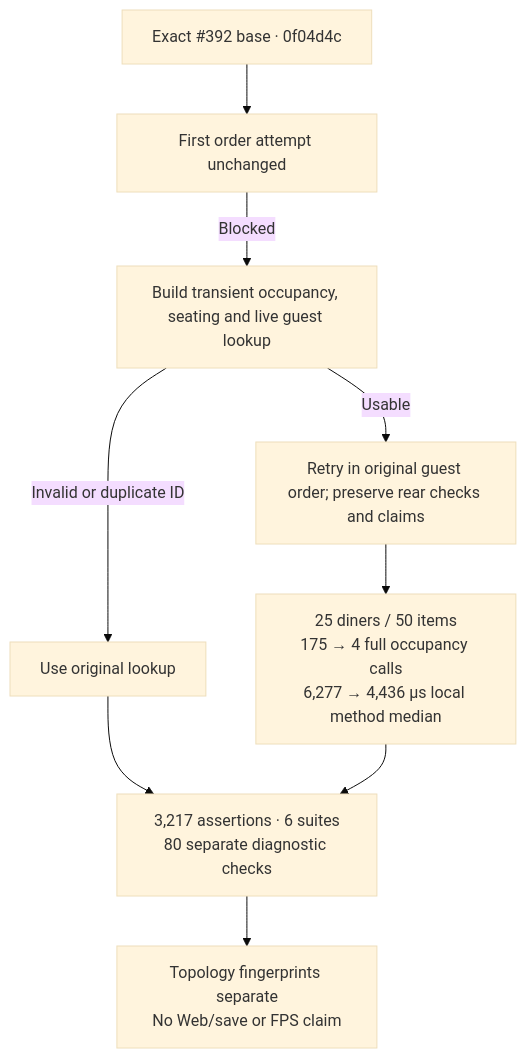
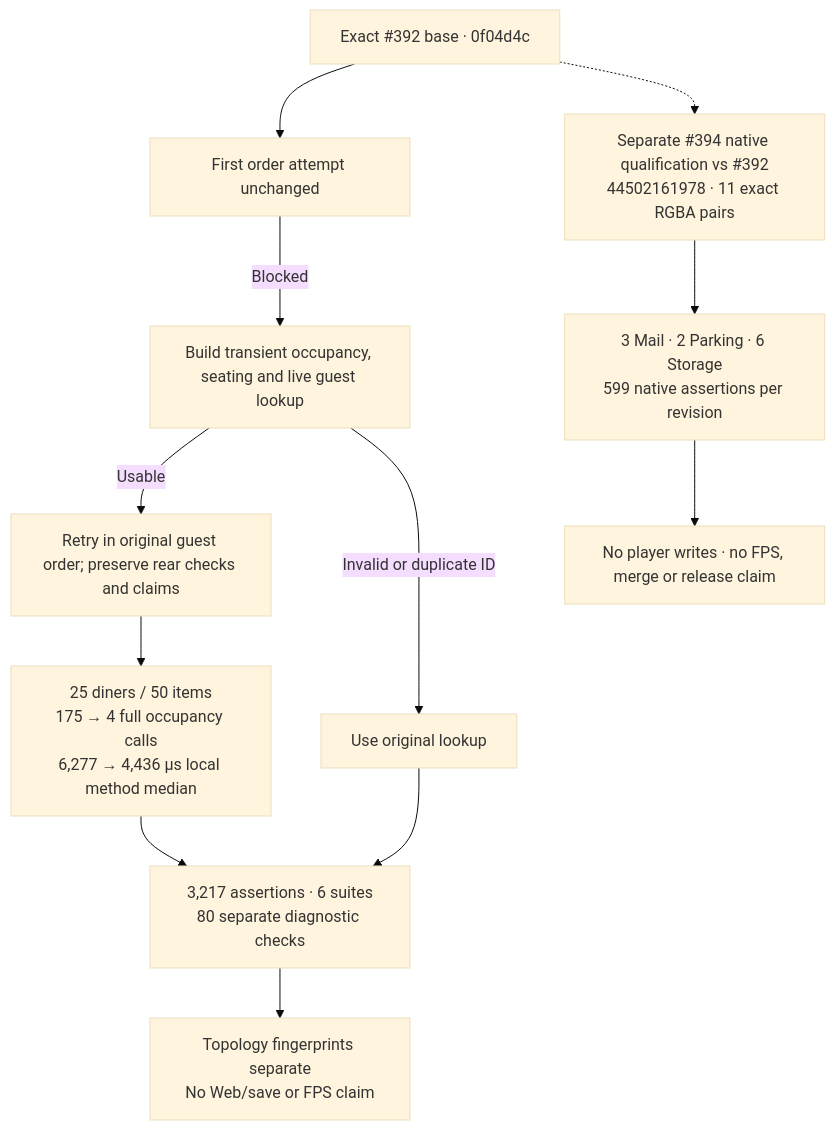
Before and after one commit to yiyousiow000814/little-leaf: the diagram in docs/development/scaling-hotpaths-12/scaling-hotpaths-12.mmd, drawn with Mermaid (base theme). The commit also changed 4 other files, not shown here.

```diff
--- a/docs/development/scaling-hotpaths-12/scaling-hotpaths-12.mmd
+++ b/docs/development/scaling-hotpaths-12/scaling-hotpaths-12.mmd
@@ -1,9 +1,12 @@
 flowchart TD
     B["Exact #392 base · 0f04d4c"] --> O["First order attempt unchanged"]
     O -->|Blocked| I["Build transient occupancy, seating and live guest lookup"]
     I -->|Usable| R["Retry in original guest order; preserve rear checks and claims"]
     I -->|Invalid or duplicate ID| F["Use original lookup"]
     R --> M["25 diners / 50 items<br/>175 → 4 full occupancy calls<br/>6,277 → 4,436 μs local method median"]
     F --> Q["3,217 assertions · 6 suites<br/>80 separate diagnostic checks"]
     M --> Q
     Q --> X["Topology fingerprints separate<br/>No Web/save or FPS claim"]
+    B -.-> H["Separate #394 native qualification vs #392<br/>44502161978 · 11 exact RGBA pairs"]
+    H --> Y["3 Mail · 2 Parking · 6 Storage<br/>599 native assertions per revision"]
+    Y --> Z["No player writes · no FPS, merge or release claim"]
```
